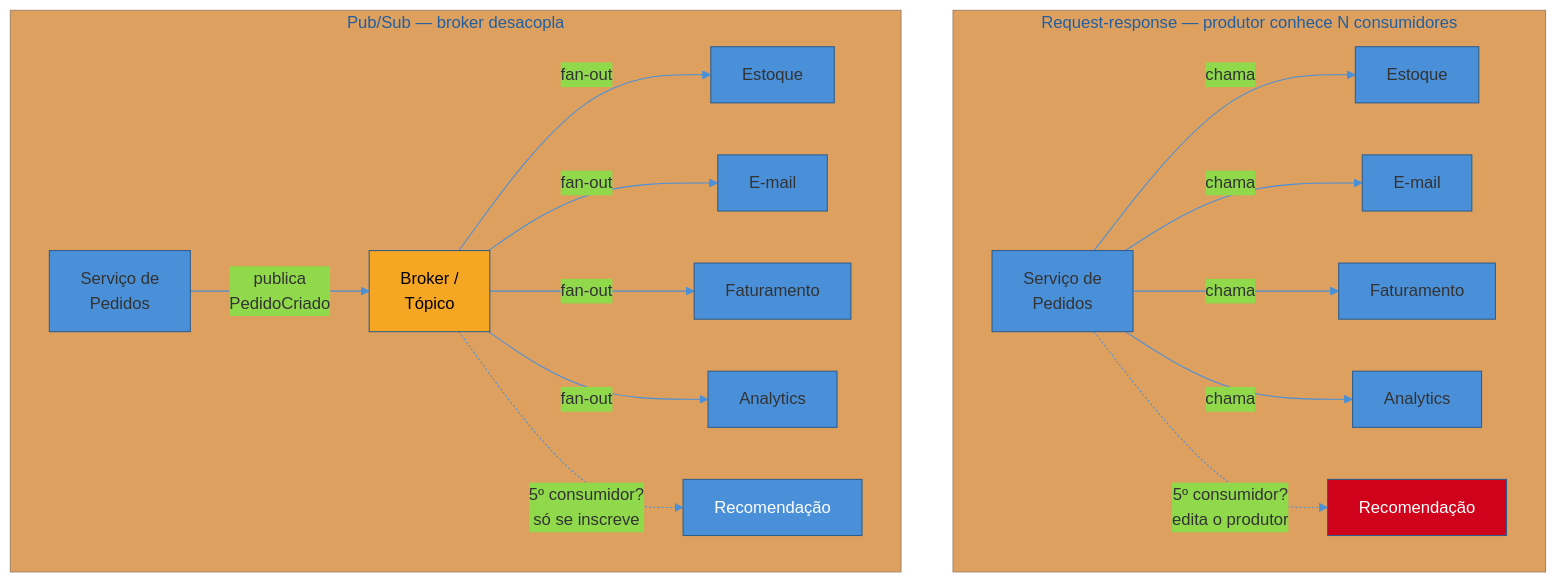
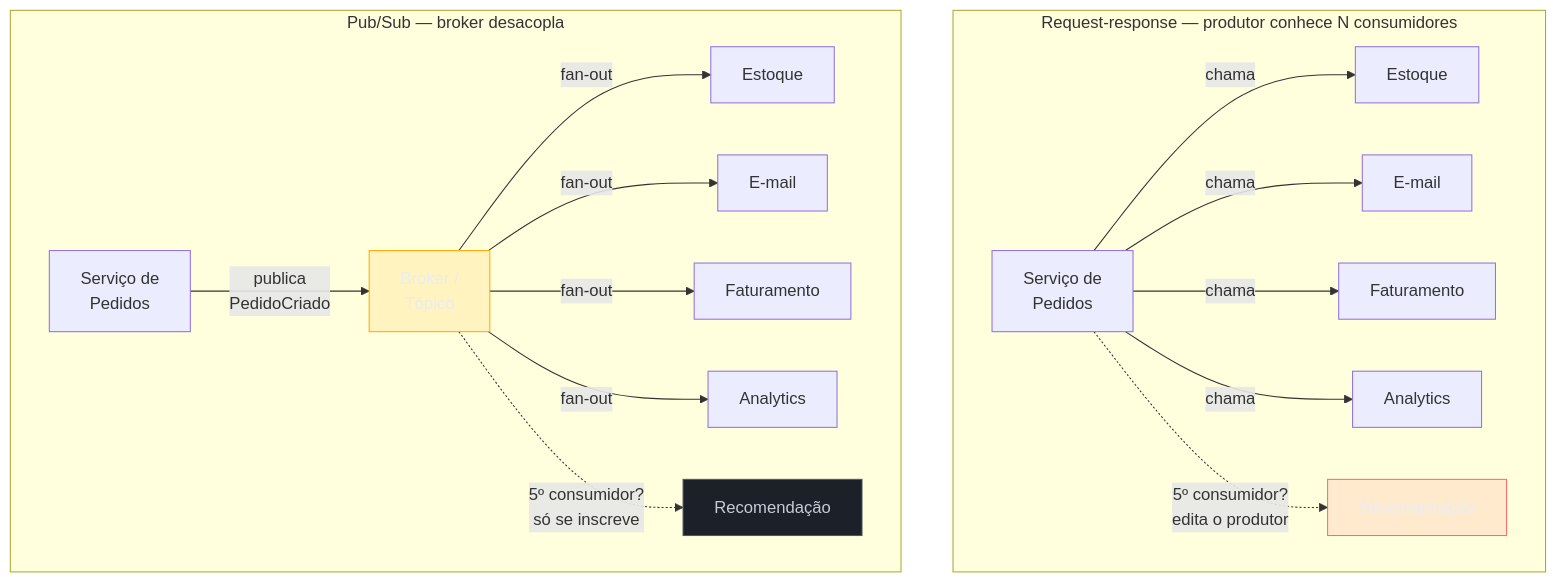
Before and after one commit to josenaldo/codex-technomanticus: the first of 3 diagrams in 03-Dominios/Engenharia/Arquitetura/System Design/3 - Padrões recorrentes/01 - Pub-Sub e event-driven em escala.md, drawn with Mermaid. The commit also changed other lines of this file and 1181 other files, not shown here.

First line of the commit message:
fix(diagramas): paleta do sistema no lugar de cor cravada no markdown

````diff
--- a/03-Dominios/Engenharia/Arquitetura/System Design/3 - Padrões recorrentes/01 - Pub-Sub e event-driven em escala.md
+++ b/03-Dominios/Engenharia/Arquitetura/System Design/3 - Padrões recorrentes/01 - Pub-Sub e event-driven em escala.md
@@ -39,22 +39,24 @@
 ```mermaid
-%%{init: {"theme": "base", "themeVariables": {"primaryColor": "#4A90D9", "primaryBorderColor": "#2E5C8A", "lineColor": "#4A90D9"}}}%%
 graph TD
+    classDef destaque fill:#FFAA0024,stroke:#FFAA00,color:#E9ECF2
+    classDef falha fill:#FF6B6B24,stroke:#FF6B6B,color:#E9ECF2
+    classDef neutro fill:#1B2029,stroke:#4E5666,color:#C6CCD8
     subgraph RR["Request-response — produtor conhece N consumidores"]
         P1["Serviço de<br/>Pedidos"] -->|"chama"| E1["Estoque"]
         P1 -->|"chama"| E2["E-mail"]
         P1 -->|"chama"| E3["Faturamento"]
         P1 -->|"chama"| E4["Analytics"]
         P1 -.->|"5º consumidor?<br/>edita o produtor"| E5["Recomendação"]
     end
     subgraph PS["Pub/Sub — broker desacopla"]
         P2["Serviço de<br/>Pedidos"] -->|"publica<br/>PedidoCriado"| B["Broker /<br/>Tópico"]
         B -->|"fan-out"| S1["Estoque"]
         B -->|"fan-out"| S2["E-mail"]
         B -->|"fan-out"| S3["Faturamento"]
         B -->|"fan-out"| S4["Analytics"]
         B -.->|"5º consumidor?<br/>só se inscreve"| S5["Recomendação"]
     end
-    style B fill:#F5A623,color:#000
-    style E5 fill:#D0021B,color:#fff
-    style S5 fill:#4A90D9,color:#fff
+    class B destaque
+    class E5 falha
+    class S5 neutro
 ```
````
